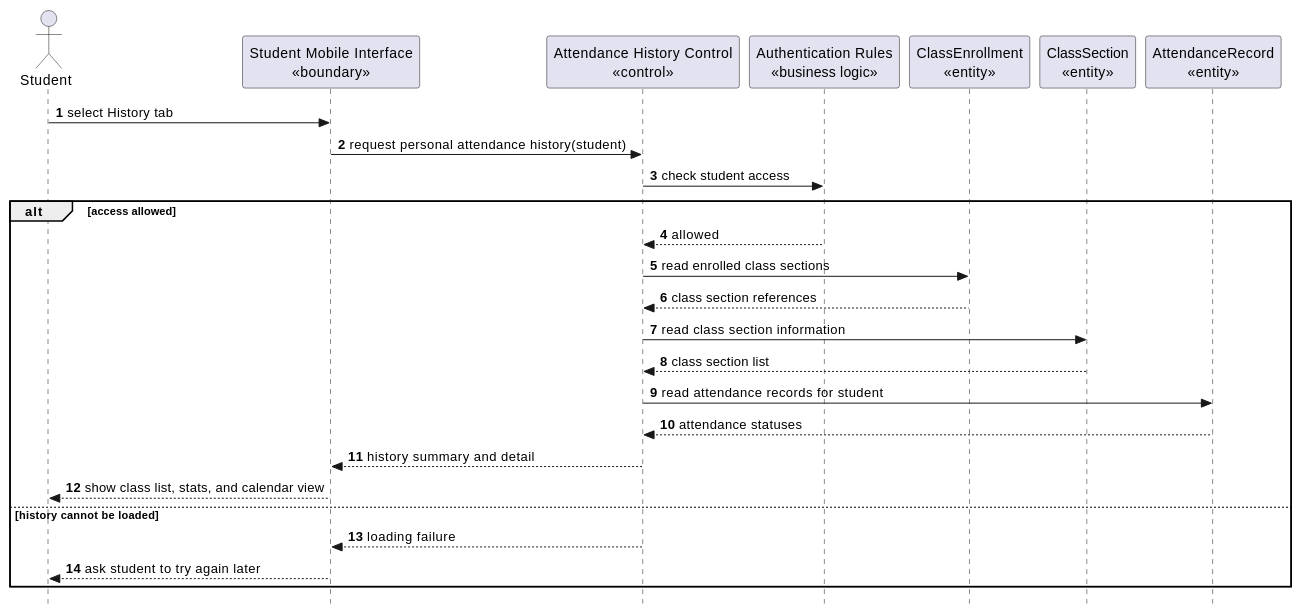
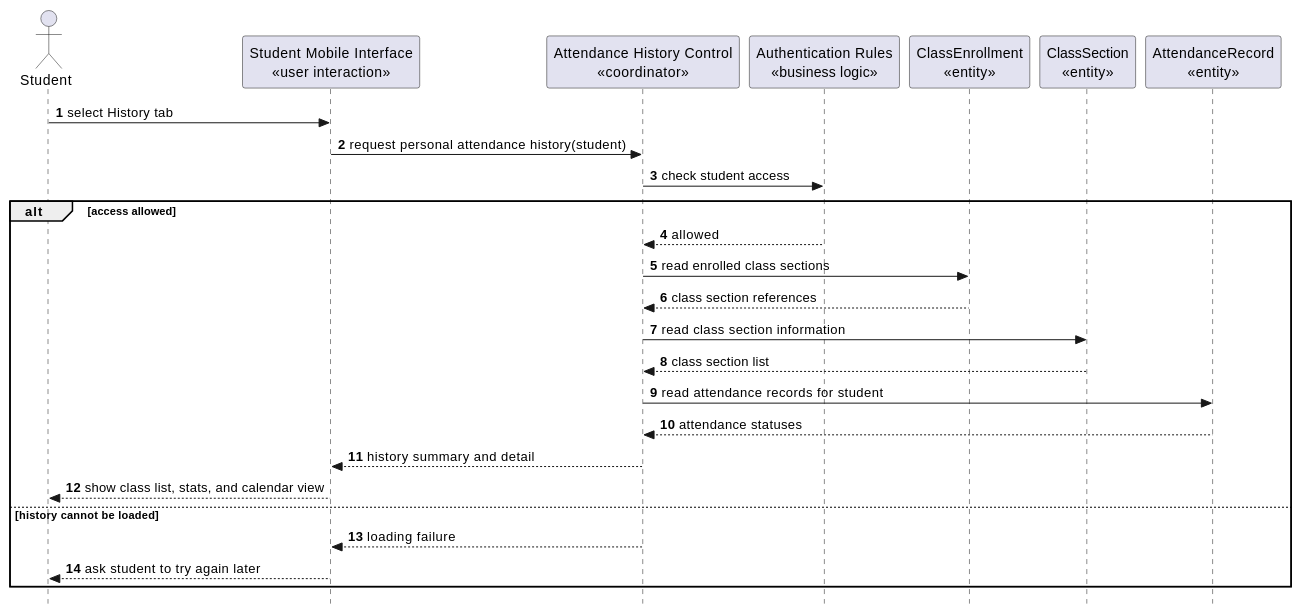
One commit to nttung42/SWD392 changed diagram 11 of 29 in docs/sds/2_Analysis.md. Above: the diagram before and after it, drawn with PlantUML. The commit also changed other lines of this file and 1 other file, not shown here.

````diff
--- a/docs/sds/2_Analysis.md
+++ b/docs/sds/2_Analysis.md
@@ -519,32 +560,32 @@
 ```plantuml
 @startuml
 skinparam style strictuml
 autonumber
 actor "Student" as Student
-participant "Student Mobile Interface\n«boundary»" as StudentUI
-participant "Attendance History Control\n«control»" as HistoryControl
+participant "Student Mobile Interface\n«user interaction»" as StudentUI
+participant "Attendance History Control\n«coordinator»" as HistoryControl
 participant "Authentication Rules\n«business logic»" as AuthRules
 participant "ClassEnrollment\n«entity»" as ClassEnrollment
 participant "ClassSection\n«entity»" as ClassSection
 participant "AttendanceRecord\n«entity»" as AttendanceRecord
 
 Student -> StudentUI : select History tab
 StudentUI -> HistoryControl : request personal attendance history(student)
 HistoryControl -> AuthRules : check student access
 
 alt access allowed
   AuthRules --> HistoryControl : allowed
   HistoryControl -> ClassEnrollment : read enrolled class sections
   ClassEnrollment --> HistoryControl : class section references
   HistoryControl -> ClassSection : read class section information
   ClassSection --> HistoryControl : class section list
   HistoryControl -> AttendanceRecord : read attendance records for student
   AttendanceRecord --> HistoryControl : attendance statuses
   HistoryControl --> StudentUI : history summary and detail
   StudentUI --> Student : show class list, stats, and calendar view
 else history cannot be loaded
   HistoryControl --> StudentUI : loading failure
   StudentUI --> Student : ask student to try again later
 end
 @enduml
 ```
````
